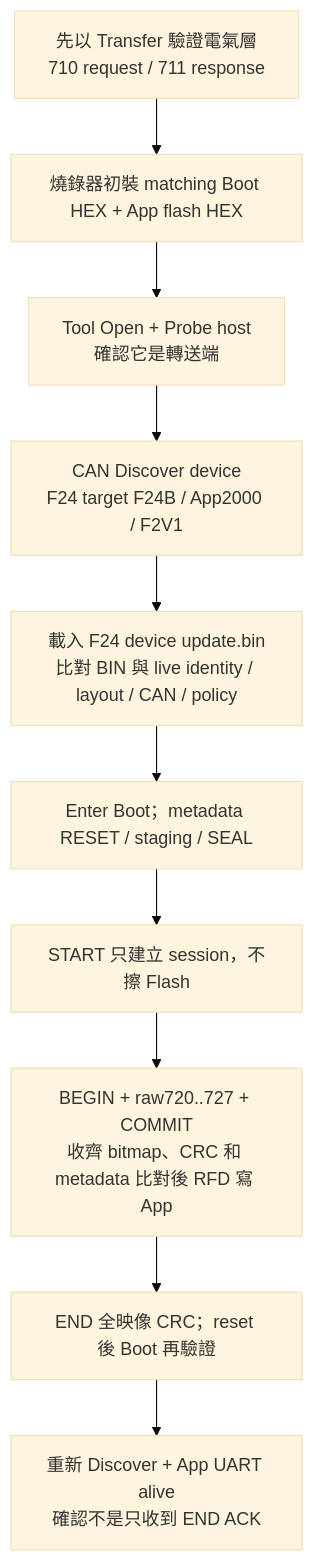
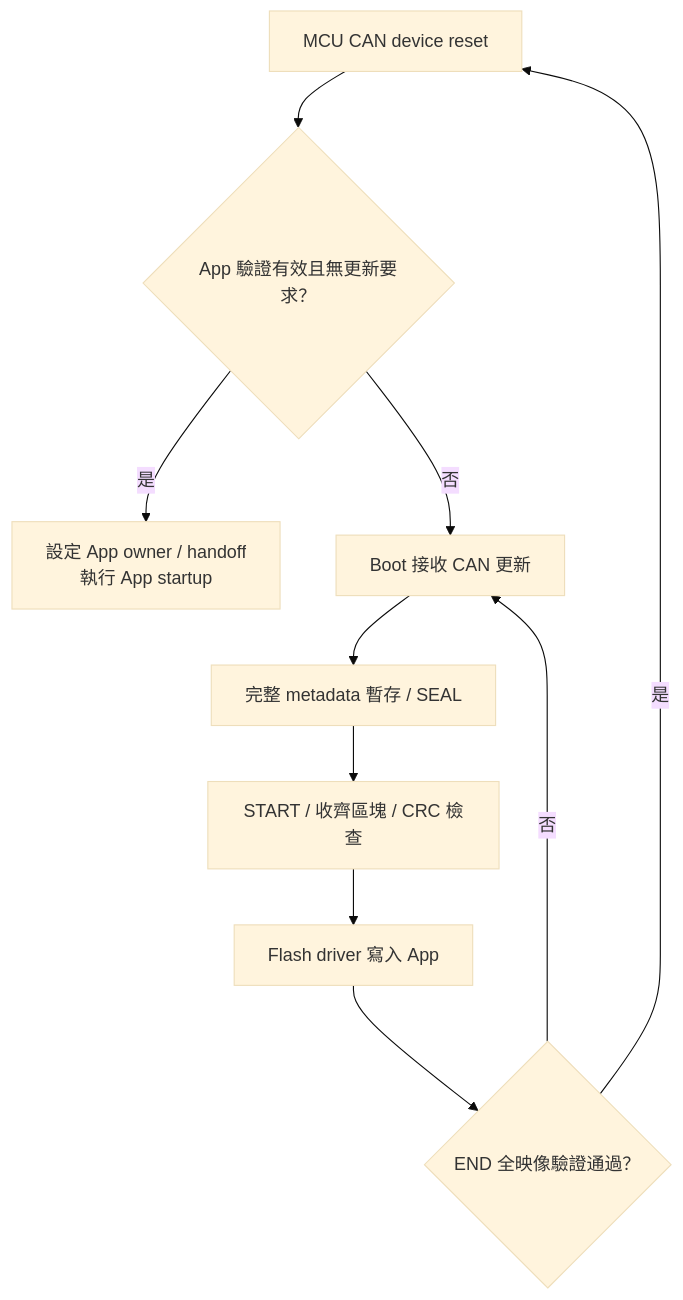
The third of 8 diagrams in index.md (released/slide_boot_loader_for_RL78), drawn with Mermaid (base theme) before and after one commit. The commit also changed other lines of this file and 1 other file, not shown here.

````diff
--- a/index.md
+++ b/index.md
@@ -69,12 +156,12 @@
 ```mermaid
 flowchart TD
-    T["先以 Transfer 驗證電氣層<br/>710 request / 711 response"] --> I["燒錄器初裝 matching Boot HEX + App flash HEX"]
-    I --> H["Tool Open + Probe host<br/>確認它是轉送端"]
-    H --> D["CAN Discover device<br/>F24 target F24B / App2000 / F2V1"]
-    D --> B["載入 F24 device update.bin<br/>比對 BIN 與 live identity / layout / CAN / policy"]
-    B --> E["Enter Boot；metadata RESET / staging / SEAL"]
-    E --> S["START 只建立 session，不擦 Flash"]
-    S --> P["BEGIN + raw720..727 + COMMIT<br/>收齊 bitmap、CRC 和 metadata 比對後 RFD 寫 App"]
-    P --> C["END 全映像 CRC；reset 後 Boot 再驗證"]
-    C --> A["重新 Discover + App UART alive<br/>確認不是只收到 END ACK"]
+    RESET["MCU CAN device reset"] --> CHECK{"App 驗證有效且無更新要求？"}
+    CHECK -->|是| APP["設定 App owner / handoff<br/>執行 App startup"]
+    CHECK -->|否| WAIT["Boot 接收 CAN 更新"]
+    WAIT --> META["完整 metadata 暫存 / SEAL"]
+    META --> BLOCK["START / 收齊區塊 / CRC 檢查"]
+    BLOCK --> FLASH["Flash driver 寫入 App"]
+    FLASH --> END{"END 全映像驗證通過？"}
+    END -->|是| RESET
+    END -->|否| WAIT
 ```
````
